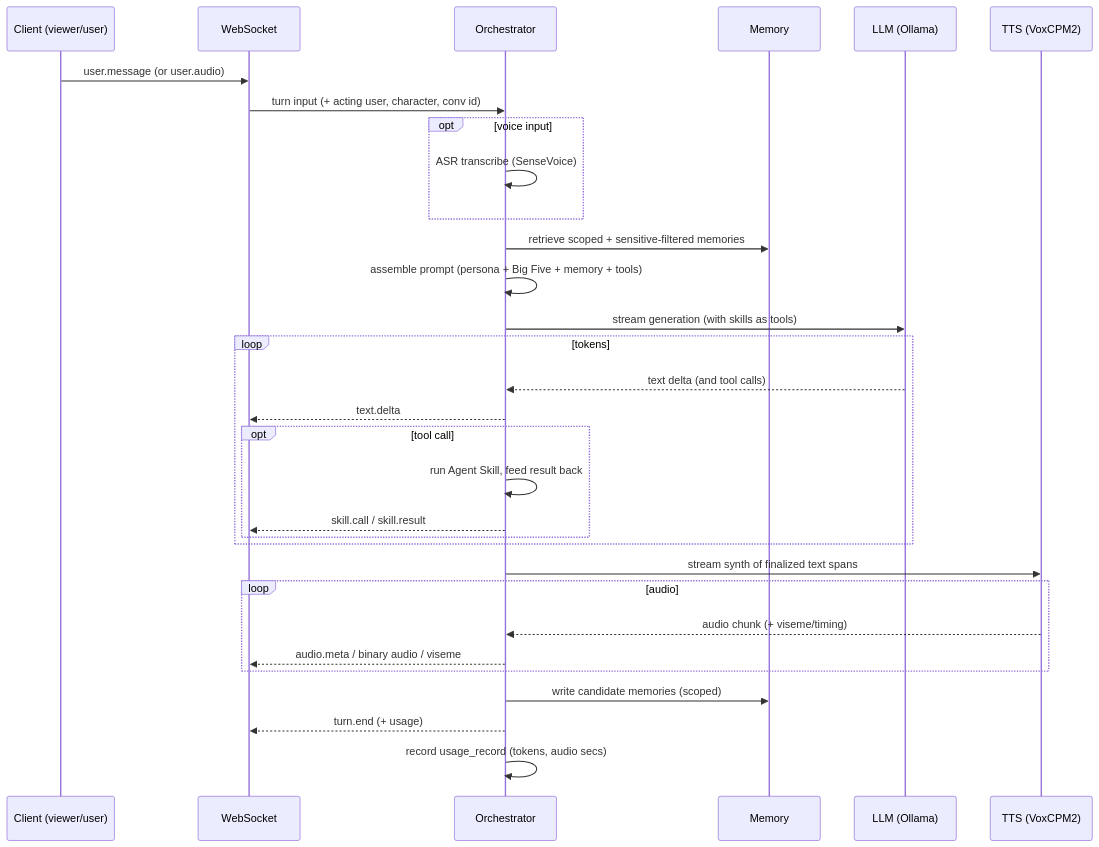
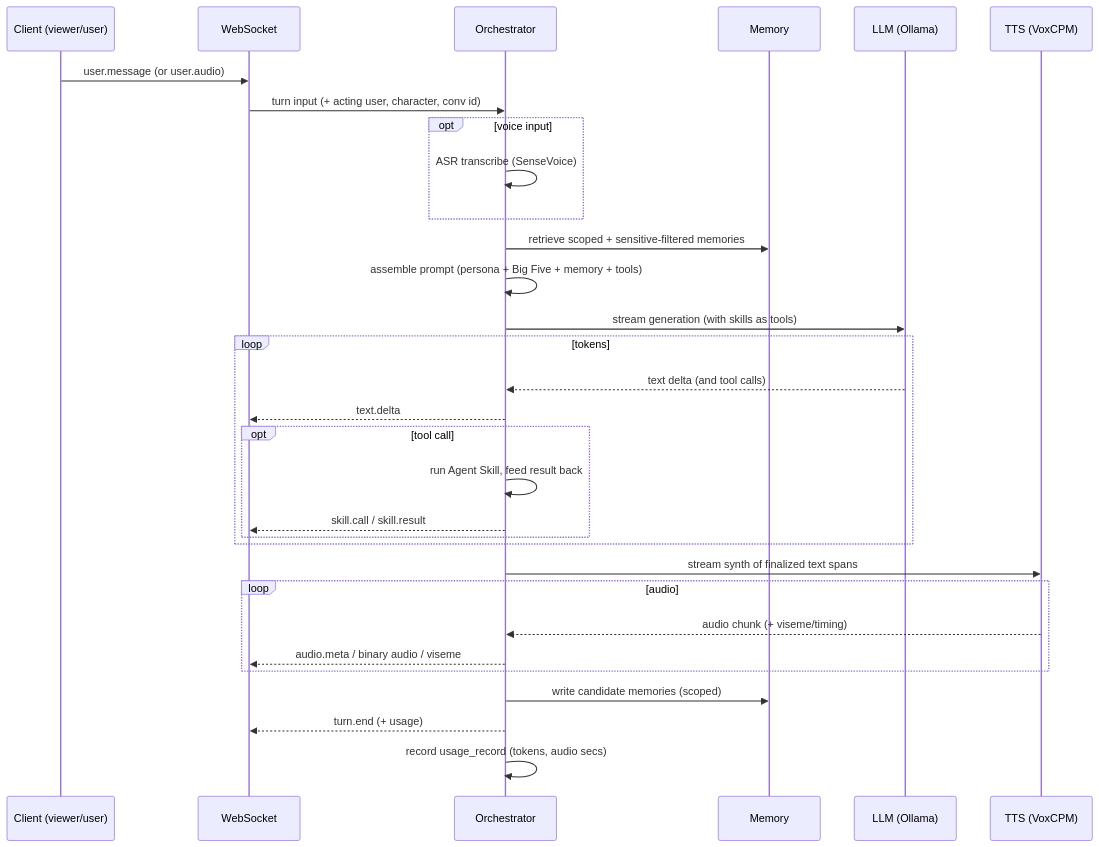
The second of 4 diagrams in docs/10-feature-realtime-and-media-generation.md (Nagino-Reina/NagiFlow), drawn with Mermaid before and after one commit. The commit also changed other lines of this file and 16 other files, not shown here.

````diff
--- a/docs/10-feature-realtime-and-media-generation.md
+++ b/docs/10-feature-realtime-and-media-generation.md
@@ -72,34 +72,34 @@
 ```mermaid
 sequenceDiagram
     participant C as Client (viewer/user)
     participant WS as WebSocket
     participant O as Orchestrator
     participant M as Memory
     participant L as LLM (Ollama)
-    participant T as TTS (VoxCPM2)
+    participant T as TTS (VoxCPM)
 
     C->>WS: user.message (or user.audio)
     WS->>O: turn input (+ acting user, character, conv id)
     opt voice input
         O->>O: ASR transcribe (SenseVoice)
     end
     O->>M: retrieve scoped + sensitive-filtered memories
     O->>O: assemble prompt (persona + Big Five + memory + tools)
     O->>L: stream generation (with skills as tools)
     loop tokens
         L-->>O: text delta (and tool calls)
         O-->>WS: text.delta
         opt tool call
             O->>O: run Agent Skill, feed result back
             O-->>WS: skill.call / skill.result
         end
     end
     O->>T: stream synth of finalized text spans
     loop audio
         T-->>O: audio chunk (+ viseme/timing)
         O-->>WS: audio.meta / binary audio / viseme
     end
     O->>M: write candidate memories (scoped)
     O-->>WS: turn.end (+ usage)
     O->>O: record usage_record (tokens, audio secs)
 ```
````
